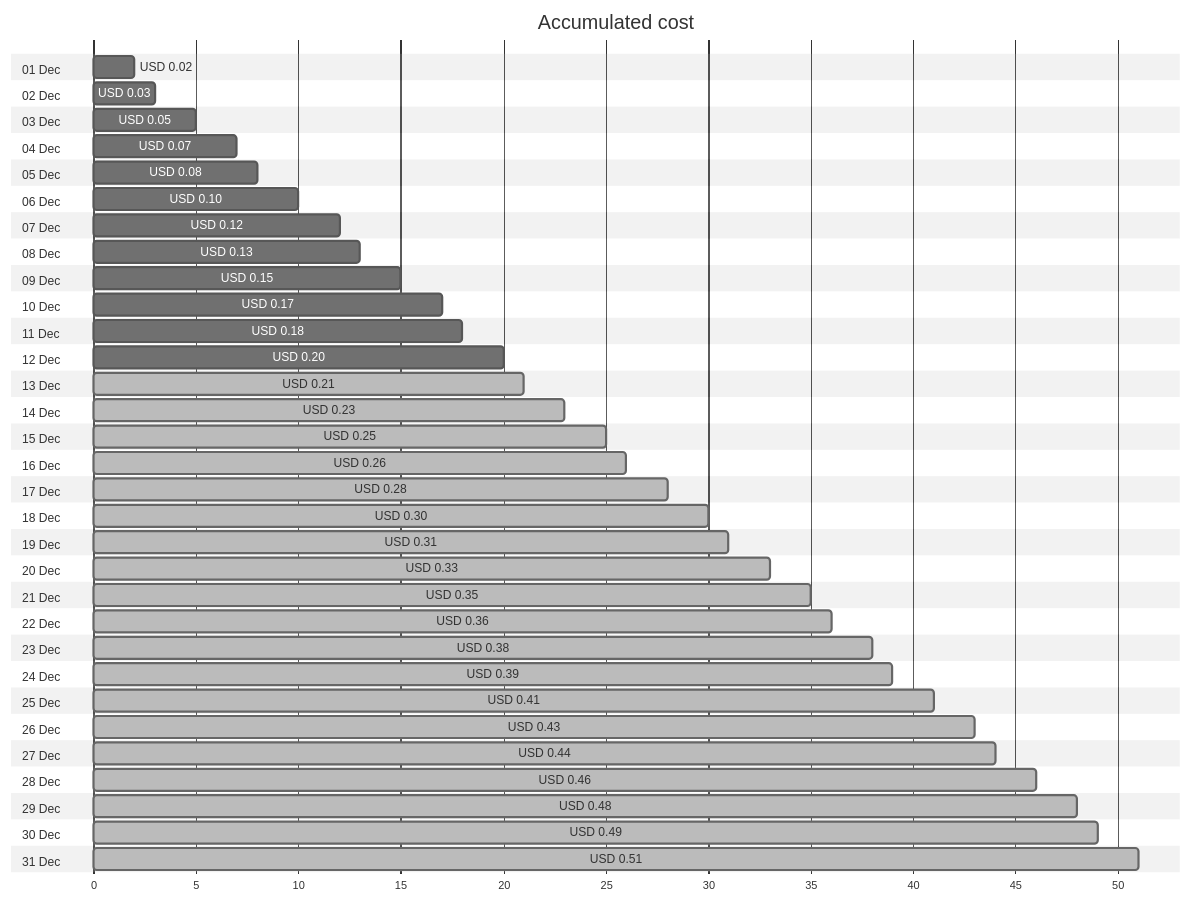
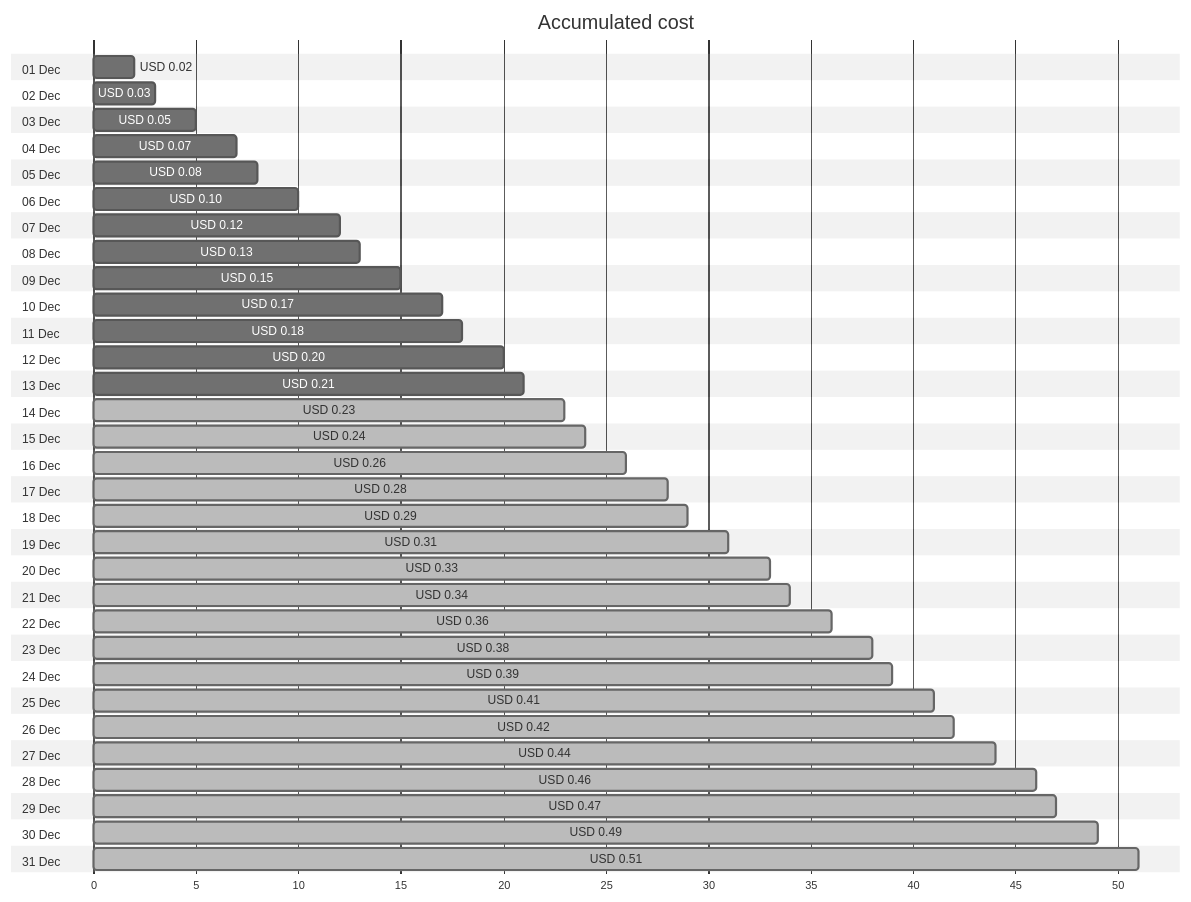
The first of 4 diagrams in cost-reports/personal-dns/jpatrickfulton.dev.md (jpfulton/azure-personal-reports), drawn with Mermaid (neutral theme) before and after one commit. The commit also changed other lines of this file and 2 other files, not shown here.

````diff
--- a/cost-reports/personal-dns/jpatrickfulton.dev.md
+++ b/cost-reports/personal-dns/jpatrickfulton.dev.md
@@ -20,68 +20,68 @@
 ```mermaid
 gantt
    title Accumulated cost
    dateFormat  X
    axisFormat %s
    section 01 Dec
    USD 0.02 :0, 2
    section 02 Dec
    USD 0.03 :0, 3
    section 03 Dec
    USD 0.05 :0, 5
    section 04 Dec
    USD 0.07 :0, 7
    section 05 Dec
    USD 0.08 :0, 8
    section 06 Dec
    USD 0.10 :0, 10
    section 07 Dec
    USD 0.12 :0, 12
    section 08 Dec
    USD 0.13 :0, 13
    section 09 Dec
    USD 0.15 :0, 15
    section 10 Dec
    USD 0.17 :0, 17
    section 11 Dec
    USD 0.18 :0, 18
    section 12 Dec
    USD 0.20 :0, 20
    section 13 Dec
-   USD 0.21 : done, 0, 21
+   USD 0.21 :0, 21
    section 14 Dec
    USD 0.23 : done, 0, 23
    section 15 Dec
-   USD 0.25 : done, 0, 25
+   USD 0.24 : done, 0, 24
    section 16 Dec
    USD 0.26 : done, 0, 26
    section 17 Dec
    USD 0.28 : done, 0, 28
    section 18 Dec
-   USD 0.30 : done, 0, 30
+   USD 0.29 : done, 0, 29
    section 19 Dec
    USD 0.31 : done, 0, 31
    section 20 Dec
    USD 0.33 : done, 0, 33
    section 21 Dec
-   USD 0.35 : done, 0, 35
+   USD 0.34 : done, 0, 34
    section 22 Dec
    USD 0.36 : done, 0, 36
    section 23 Dec
    USD 0.38 : done, 0, 38
    section 24 Dec
    USD 0.39 : done, 0, 39
    section 25 Dec
    USD 0.41 : done, 0, 41
    section 26 Dec
-   USD 0.43 : done, 0, 43
+   USD 0.42 : done, 0, 42
    section 27 Dec
    USD 0.44 : done, 0, 44
    section 28 Dec
    USD 0.46 : done, 0, 46
    section 29 Dec
-   USD 0.48 : done, 0, 48
+   USD 0.47 : done, 0, 47
    section 30 Dec
    USD 0.49 : done, 0, 49
    section 31 Dec
    USD 0.51 : done, 0, 51
 ```
````
